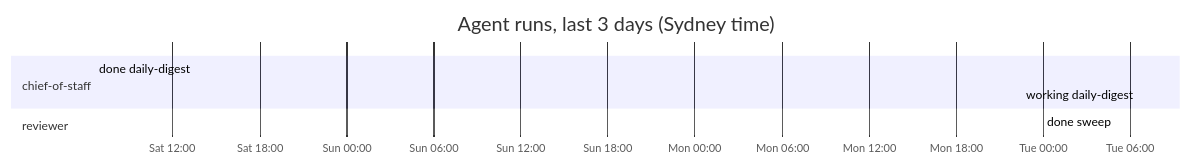
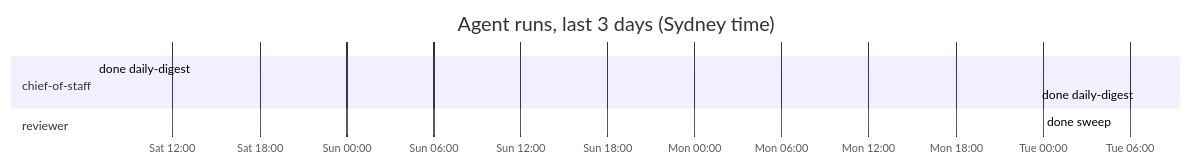
Before and after one commit to roulmediateam-byte/fifteen-expert-hq: the diagram in dashboard.md, drawn with Mermaid. The commit also changed other lines of this file and 1 other file, not shown here.

````diff
--- a/dashboard.md
+++ b/dashboard.md
@@ -36,11 +37,11 @@
 ```mermaid
 gantt
     title Agent runs, last 3 days (Sydney time)
     dateFormat YYYY-MM-DD HH:mm
     axisFormat %a %H:%M
     section chief-of-staff
     done daily-digest :done, 2026-11-07 06:35, 2026-11-07 06:37
-    working daily-digest :active, 2026-11-10 06:35, 2026-11-10 06:35
+    done daily-digest :done, 2026-11-10 06:35, 2026-11-10 06:37
     section reviewer
     done sweep :done, 2026-11-10 05:04, 2026-11-10 05:05
 ```
````
